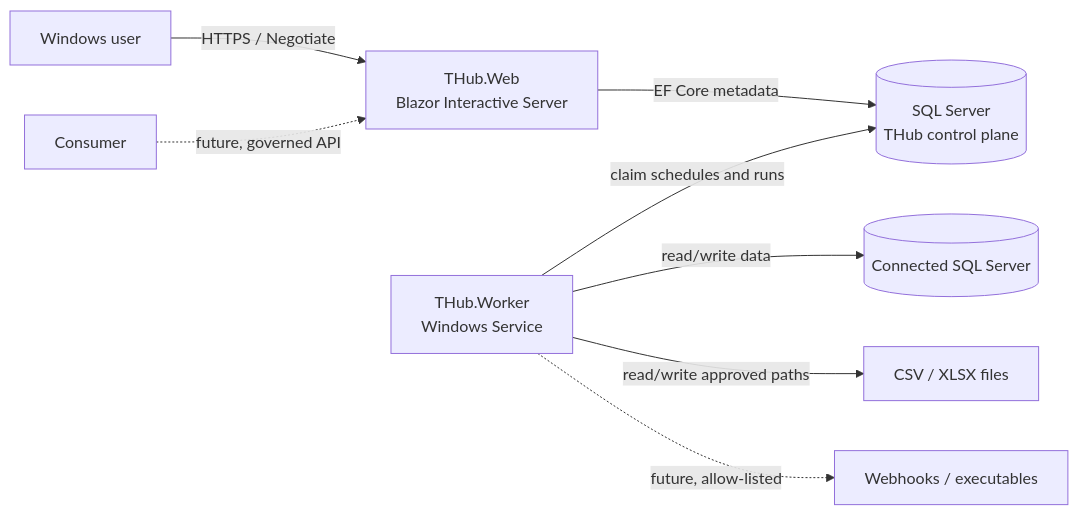
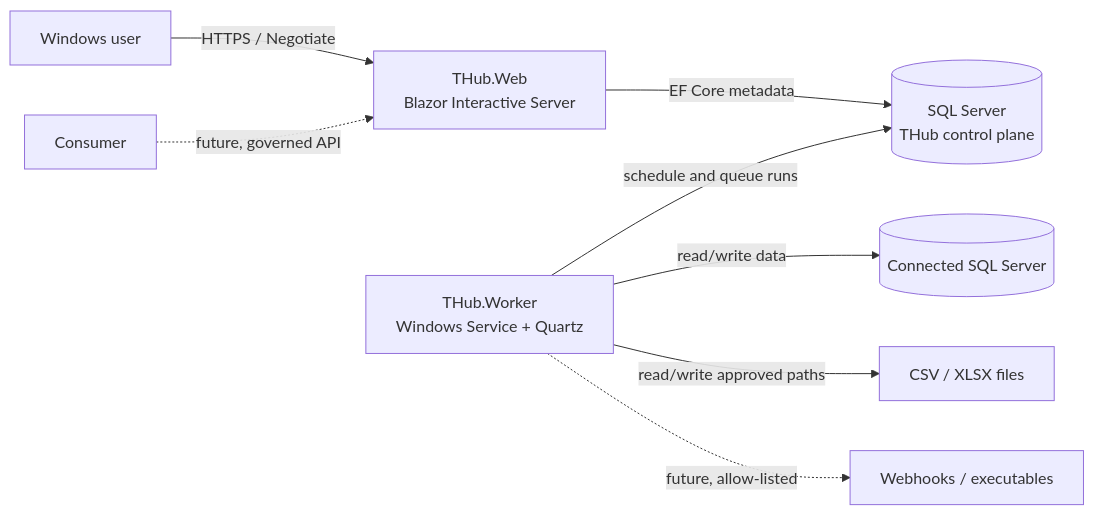
The first of 2 diagrams in docs/architecture.md (ryantsai/THub), drawn with Mermaid before and after one commit. The commit also changed other lines of this file and 44 other files, not shown here.

````diff
--- a/docs/architecture.md
+++ b/docs/architecture.md
@@ -39,10 +39,10 @@
 ```mermaid
 flowchart LR
     User[Windows user] -->|HTTPS / Negotiate| Web[THub.Web\nBlazor Interactive Server]
     Web -->|EF Core metadata| Sql[(SQL Server\nTHub control plane)]
-    Worker[THub.Worker\nWindows Service] -->|claim schedules and runs| Sql
+    Worker[THub.Worker\nWindows Service + Quartz] -->|schedule and queue runs| Sql
     Worker -->|read/write data| SourceSql[(Connected SQL Server)]
     Worker -->|read/write approved paths| Files[CSV / XLSX files]
     Worker -. future, allow-listed .-> External[Webhooks / executables]
     Consumer -. future, governed API .-> Web
 ```
````
